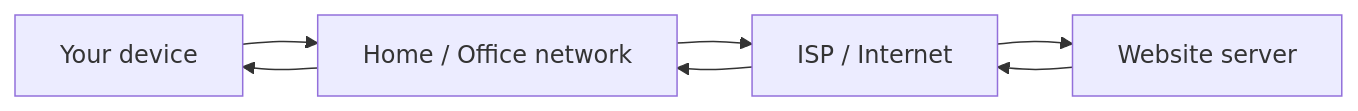
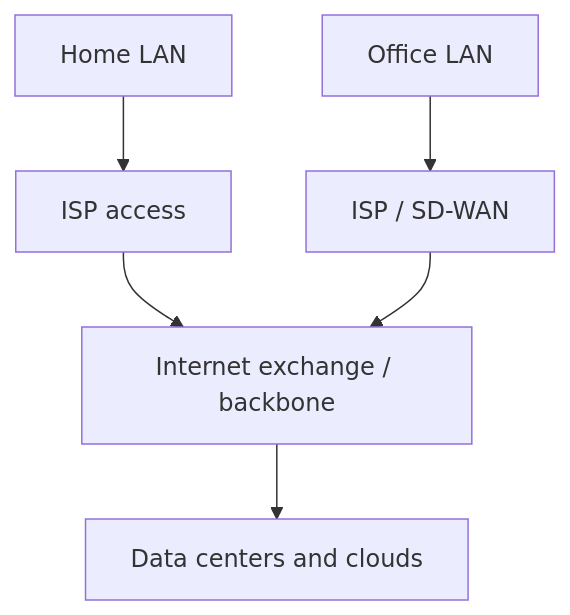
Before and after one commit to omnayak27199/pktana: the third of 7 diagrams in learning/01-what-is-networking.md, drawn with Mermaid. The commit also changed other lines of this file and 14 other files, not shown here.

````diff
--- a/learning/01-what-is-networking.md
+++ b/learning/01-what-is-networking.md
@@ -20,9 +128,8 @@
 ```mermaid
-flowchart LR
-  You[Your device] --> Local[Home / Office network]
-  Local --> ISP[ISP / Internet]
-  ISP --> Server[Website server]
-  Server --> ISP
-  ISP --> Local
-  Local --> You
+flowchart TB
+  Home[Home LAN] --> ISP[ISP access]
+  Office[Office LAN] --> ISP2[ISP / SD-WAN]
+  ISP --> IX[Internet exchange / backbone]
+  ISP2 --> IX
+  IX --> DC[Data centers and clouds]
 ```
````
